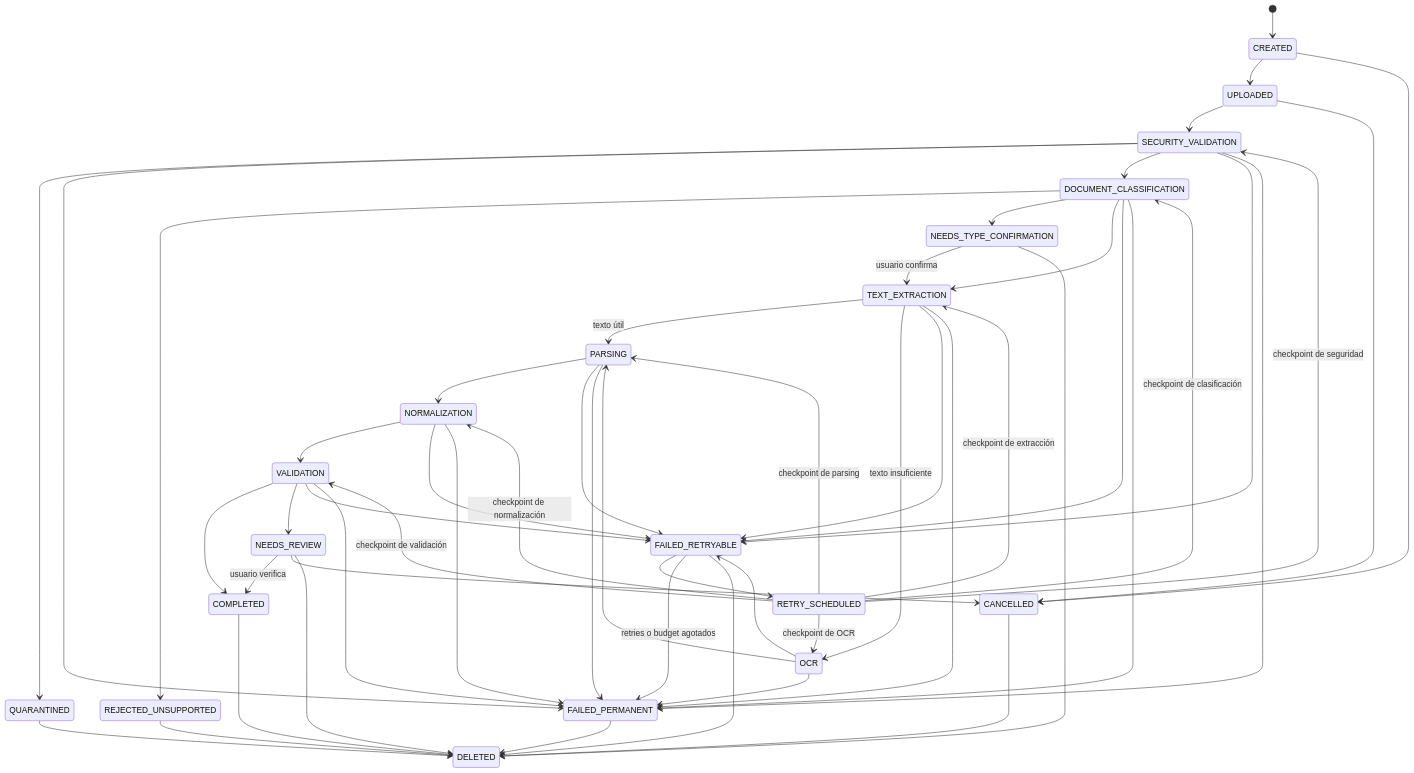
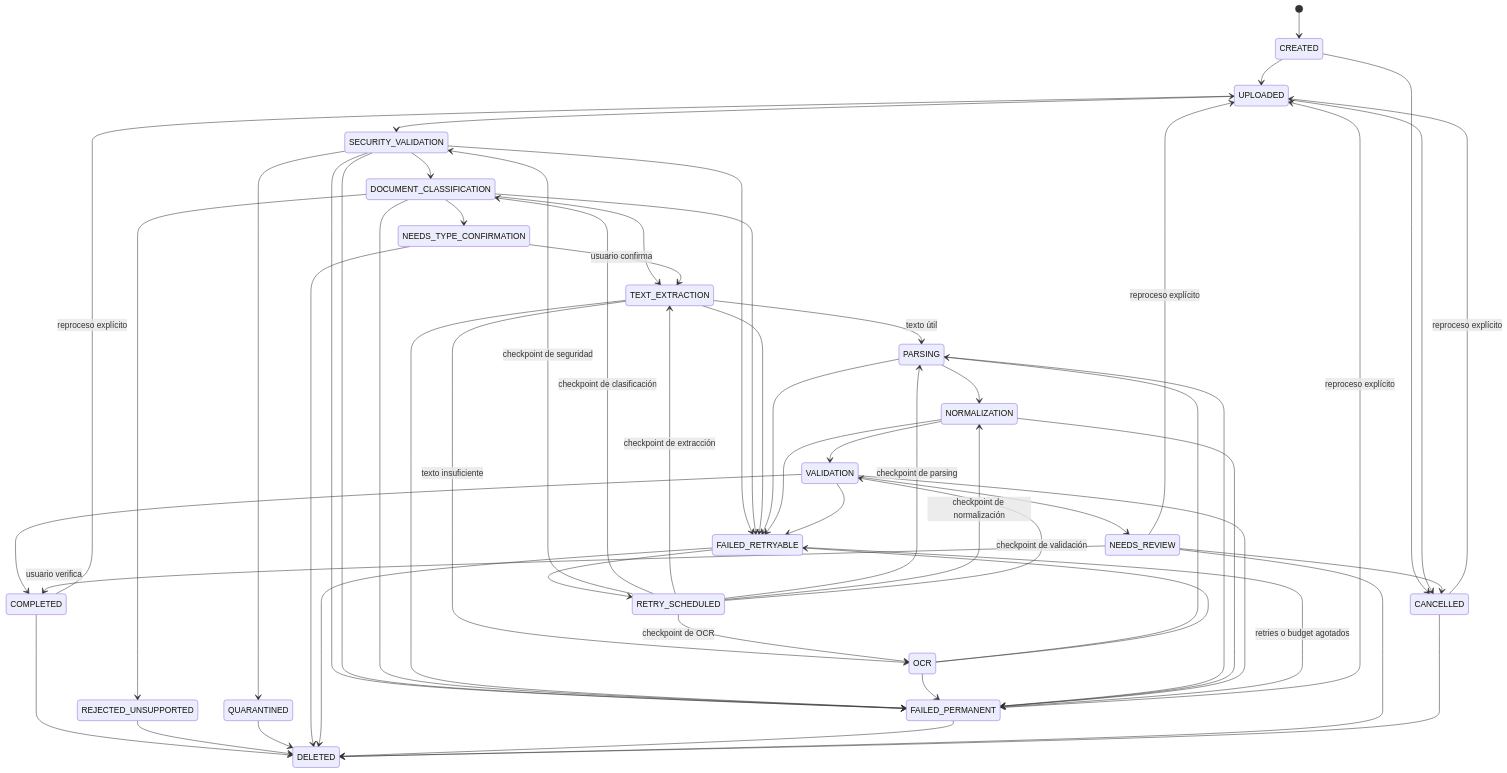
Before and after one commit to SebastianMacaya/Salarivo: the second of 2 diagrams in docs/architecture/ingestion-pipeline.md, drawn with Mermaid. The commit also changed other lines of this file and 32 other files, not shown here.

```diff
--- a/docs/architecture/ingestion-pipeline.md
+++ b/docs/architecture/ingestion-pipeline.md
@@ -48,57 +48,61 @@
 ~~~mermaid
 stateDiagram-v2
     [*] --> CREATED
     CREATED --> UPLOADED
     UPLOADED --> SECURITY_VALIDATION
     SECURITY_VALIDATION --> QUARANTINED
     SECURITY_VALIDATION --> FAILED_PERMANENT
     SECURITY_VALIDATION --> DOCUMENT_CLASSIFICATION
     DOCUMENT_CLASSIFICATION --> REJECTED_UNSUPPORTED
     DOCUMENT_CLASSIFICATION --> NEEDS_TYPE_CONFIRMATION
     DOCUMENT_CLASSIFICATION --> TEXT_EXTRACTION
     NEEDS_TYPE_CONFIRMATION --> TEXT_EXTRACTION: usuario confirma
     TEXT_EXTRACTION --> PARSING: texto útil
     TEXT_EXTRACTION --> OCR: texto insuficiente
     OCR --> PARSING
     PARSING --> NORMALIZATION
     NORMALIZATION --> VALIDATION
     VALIDATION --> COMPLETED
     VALIDATION --> NEEDS_REVIEW
     NEEDS_REVIEW --> COMPLETED: usuario verifica
+    COMPLETED --> UPLOADED: reproceso explícito
+    NEEDS_REVIEW --> UPLOADED: reproceso explícito
+    FAILED_PERMANENT --> UPLOADED: reproceso explícito
+    CANCELLED --> UPLOADED: reproceso explícito
 
     SECURITY_VALIDATION --> FAILED_RETRYABLE
     SECURITY_VALIDATION --> FAILED_PERMANENT
     DOCUMENT_CLASSIFICATION --> FAILED_RETRYABLE
     DOCUMENT_CLASSIFICATION --> FAILED_PERMANENT
     TEXT_EXTRACTION --> FAILED_RETRYABLE
     TEXT_EXTRACTION --> FAILED_PERMANENT
     OCR --> FAILED_RETRYABLE
     OCR --> FAILED_PERMANENT
     PARSING --> FAILED_RETRYABLE
     PARSING --> FAILED_PERMANENT
     NORMALIZATION --> FAILED_RETRYABLE
     NORMALIZATION --> FAILED_PERMANENT
     VALIDATION --> FAILED_RETRYABLE
     VALIDATION --> FAILED_PERMANENT
     FAILED_RETRYABLE --> RETRY_SCHEDULED
     FAILED_RETRYABLE --> FAILED_PERMANENT: retries o budget agotados
     RETRY_SCHEDULED --> SECURITY_VALIDATION: checkpoint de seguridad
     RETRY_SCHEDULED --> DOCUMENT_CLASSIFICATION: checkpoint de clasificación
     RETRY_SCHEDULED --> TEXT_EXTRACTION: checkpoint de extracción
     RETRY_SCHEDULED --> OCR: checkpoint de OCR
     RETRY_SCHEDULED --> PARSING: checkpoint de parsing
     RETRY_SCHEDULED --> NORMALIZATION: checkpoint de normalización
     RETRY_SCHEDULED --> VALIDATION: checkpoint de validación
 
     CREATED --> CANCELLED
     UPLOADED --> CANCELLED
     NEEDS_REVIEW --> CANCELLED
     COMPLETED --> DELETED
     REJECTED_UNSUPPORTED --> DELETED
     QUARANTINED --> DELETED
     NEEDS_TYPE_CONFIRMATION --> DELETED
     FAILED_RETRYABLE --> DELETED
     FAILED_PERMANENT --> DELETED
     NEEDS_REVIEW --> DELETED
     CANCELLED --> DELETED
 ~~~
```
